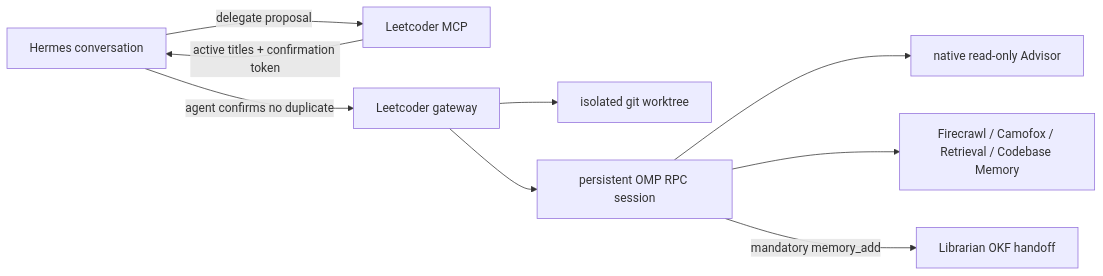
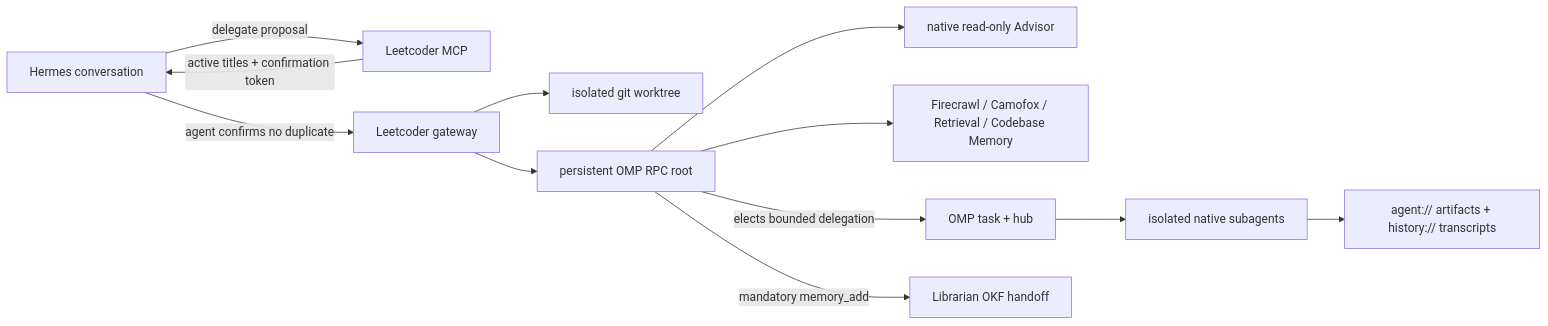
The diagram in README.md (CommanderTurtle/leetcoder), drawn with Mermaid before and after one commit. The commit also changed other lines of this file and 11 other files, not shown here.

````diff
--- a/README.md
+++ b/README.md
@@ -13,11 +14,14 @@
 ```mermaid
 flowchart LR
   H["Hermes conversation"] -->|"delegate proposal"| M["Leetcoder MCP"]
   M -->|"active titles + confirmation token"| H
   H -->|"agent confirms no duplicate"| G["Leetcoder gateway"]
   G --> W["isolated git worktree"]
-  G --> O["persistent OMP RPC session"]
+  G --> O["persistent OMP RPC root"]
   O --> A["native read-only Advisor"]
   O --> F["Firecrawl / Camofox / Retrieval / Codebase Memory"]
+  O -->|"elects bounded delegation"| S["OMP task + hub"]
+  S --> C["isolated native subagents"]
+  C --> R["agent:// artifacts + history:// transcripts"]
   O -->|"mandatory memory_add"| L["Librarian OKF handoff"]
 ```
````
